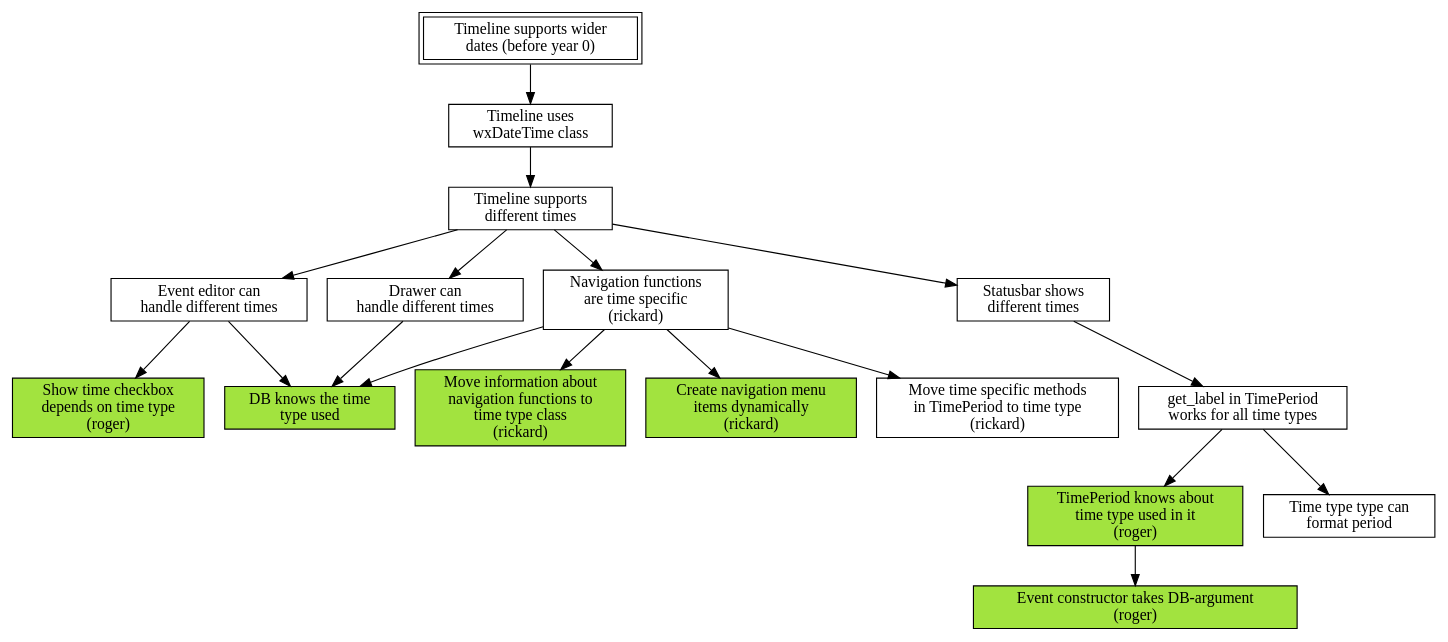
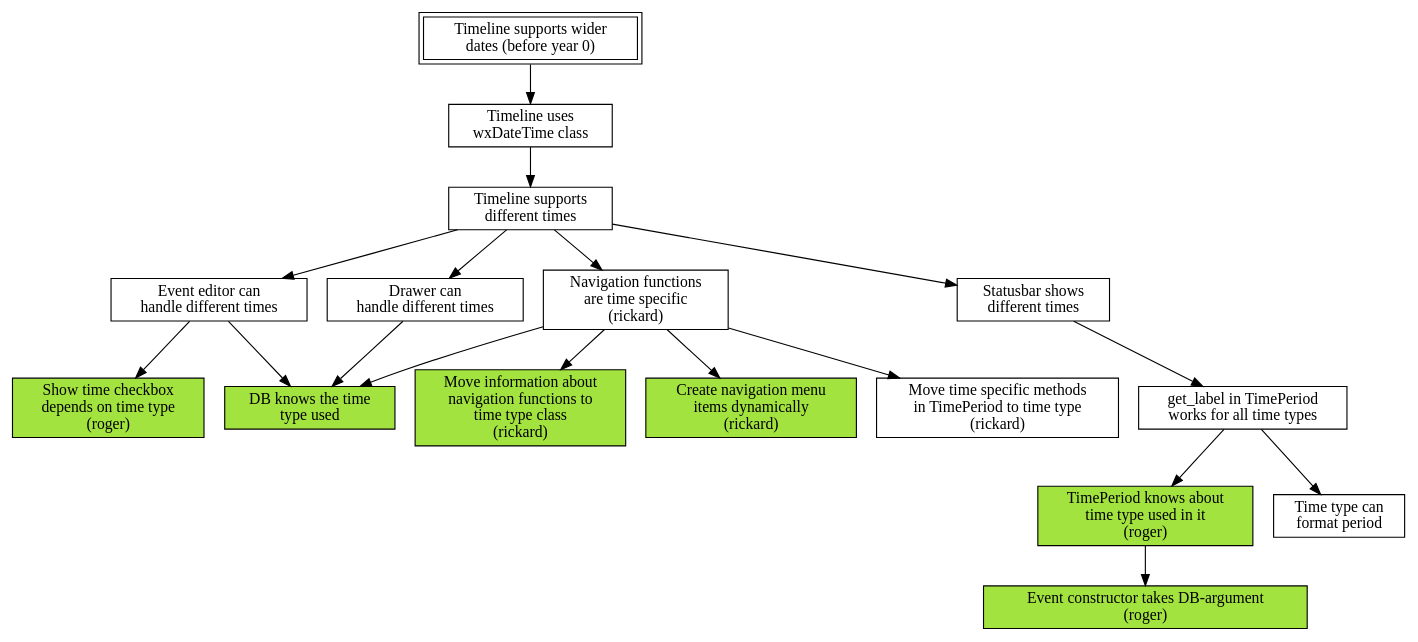
The diagram in mikado.dot (shutaozhenzhen/thetimelineproj), drawn with Graphviz before and after one commit. The commit also changed 9 other files, not shown here.

Commit message:
Time type can format period

```diff
--- a/mikado.dot
+++ b/mikado.dot
@@ -1,62 +1,62 @@
 digraph mikado
 {
     node [shape=box];
 
     wider_dates [label="Timeline supports wider\ndates (before year 0)"];
     wider_dates [peripheries=2];
         wider_dates -> switch_to_wx_time;
 
     switch_to_wx_time [label="Timeline uses\nwxDateTime class"];
         switch_to_wx_time -> different_time;
 
     different_time [label="Timeline supports\ndifferent times "];
         different_time -> event_editor;
         different_time -> drawer;
         different_time -> navigation;
         different_time -> status_bar;
 
     event_editor [label="Event editor can\nhandle different times"];
         event_editor -> show_time;
         event_editor -> db_has_type_info;
 
     drawer [label="Drawer can\nhandle different times"];
         drawer -> db_has_type_info;
 
     navigation [label="Navigation functions\nare time specific\n(rickard)"];
         navigation -> db_has_type_info;
         navigation -> move_nav_to_time_type;
         navigation -> create_menu_items_dynamically;
         navigation -> time_period;
 
     status_bar [label="Statusbar shows\ndifferent times"];
         status_bar -> get_label;
         get_label -> time_period_knows_type;
 
     get_label [label="get_label in TimePeriod\nworks for all time types"];
         get_label -> type_format;
 
     time_period_knows_type [label="TimePeriod knows about\ntime type used in it\n(roger)"];
     time_period_knows_type [style=filled,fillcolor="#A2E33F"];
 	time_period_knows_type -> event_constructor;
 
     // Leaves
 
     show_time [label="Show time checkbox\ndepends on time type\n(roger)"];
     show_time [style=filled,fillcolor="#A2E33F"];
 
     db_has_type_info [label="DB knows the time\ntype used"];
     db_has_type_info [style=filled,fillcolor="#A2E33F"];
 
     move_nav_to_time_type [label="Move information about\nnavigation functions to\ntime type class\n(rickard)"];
     move_nav_to_time_type [style=filled,fillcolor="#A2E33F"];
 
     create_menu_items_dynamically [label="Create navigation menu\nitems dynamically\n(rickard)"];
     create_menu_items_dynamically [style=filled,fillcolor="#A2E33F"];
 
     time_period [label="Move time specific methods\nin TimePeriod to time type\n(rickard)"];
 
-    type_format [label="Time type type can\nformat period"];
+    type_format [label="Time type can\nformat period"];
     
     event_constructor [label="Event constructor takes DB-argument\n(roger)"];
     event_constructor [style=filled,fillcolor="#A2E33F"];
 }
```
